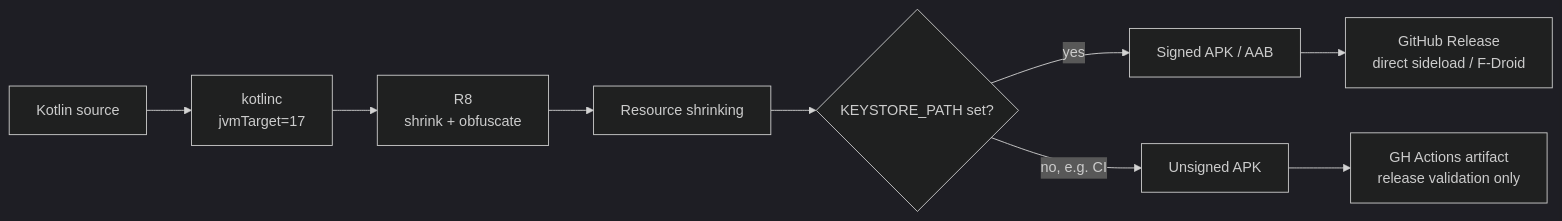
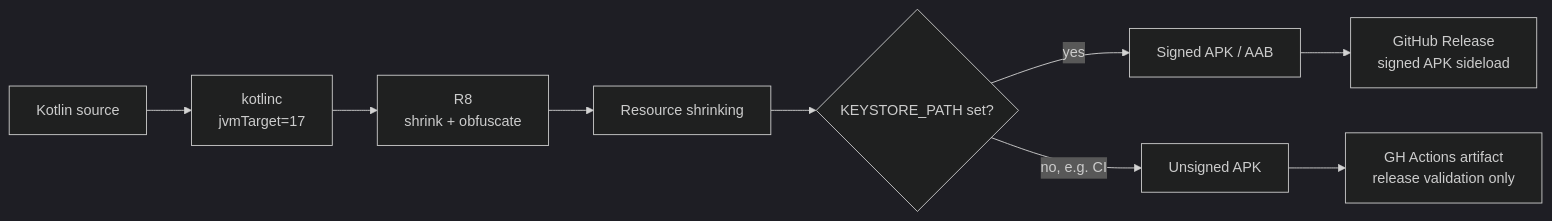
The second of 2 diagrams in docs/SECURITY.md (Yash-Awasthi/Aura), drawn with Mermaid (dark theme) before and after one commit. The commit also changed 13 other files, not shown here.

First line of the commit message:
chore: remove all app-store distribution infrastructure — GitHub Releases APK only

````diff
--- a/docs/SECURITY.md
+++ b/docs/SECURITY.md
@@ -90,11 +90,11 @@
 ```mermaid
 flowchart LR
     src[Kotlin source] --> compile[kotlinc<br/>jvmTarget=17]
     compile --> r8[R8<br/>shrink + obfuscate]
     r8 --> shrink[Resource shrinking]
     shrink --> sign{KEYSTORE_PATH set?}
     sign -- yes --> signed[Signed APK / AAB]
     sign -- no, e.g. CI --> unsigned[Unsigned APK]
-    signed --> artifact2[GitHub Release<br/>direct sideload / F-Droid]
+    signed --> artifact2[GitHub Release<br/>signed APK sideload]
     unsigned --> artifact[GH Actions artifact<br/>release validation only]
 ```
````
